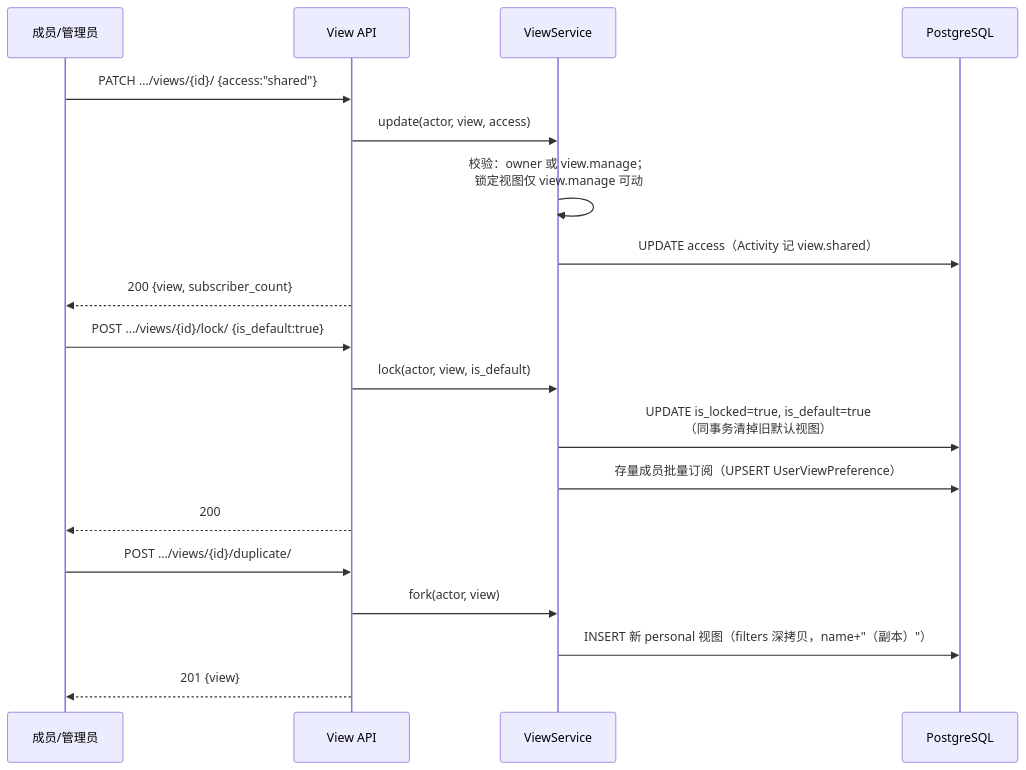
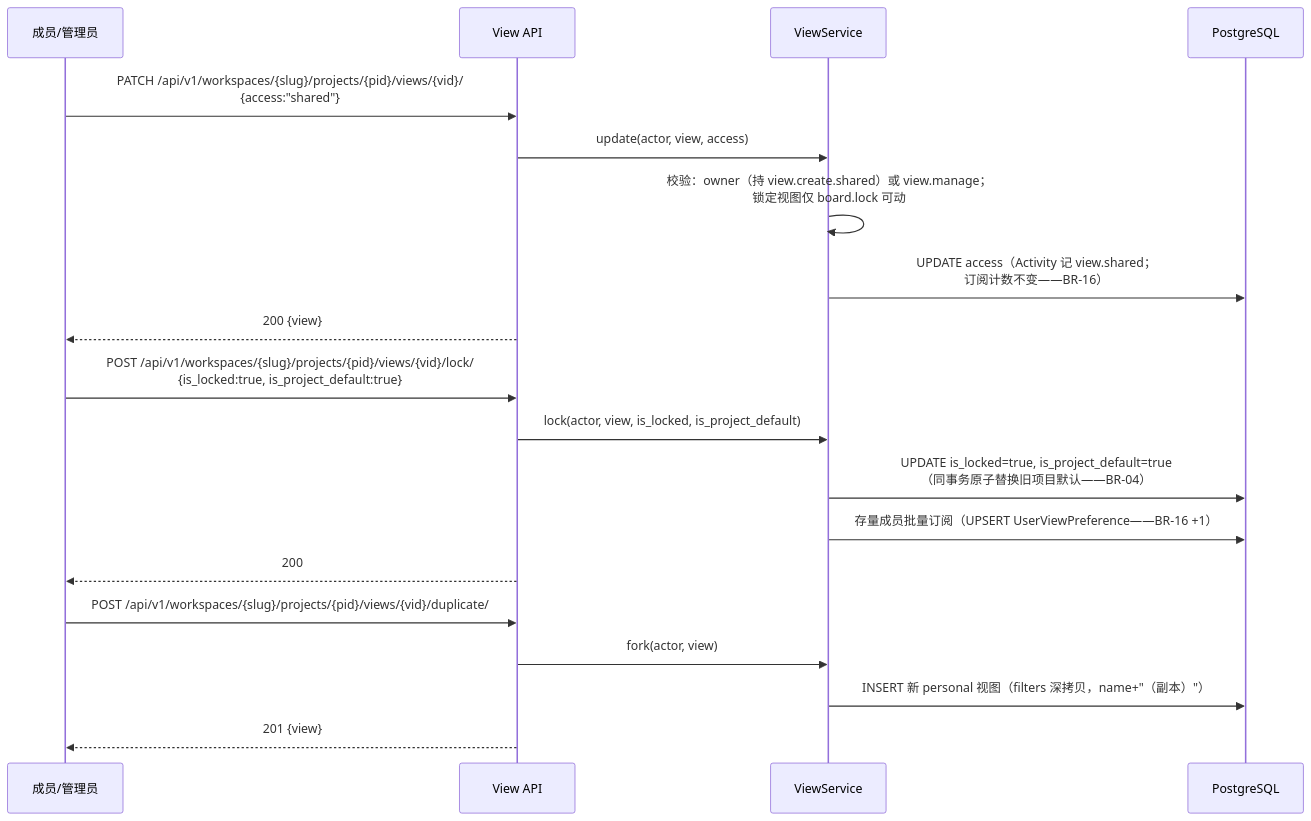
The second of 3 diagrams in docs/sprint-8-enterprise-org/BOARD-005-shared-views.md (RabbitAI-Lab/RabbitProjects), drawn with Mermaid before and after one commit. The commit also changed other lines of this file and 13 other files, not shown here.

````diff
--- a/docs/sprint-8-enterprise-org/BOARD-005-shared-views.md
+++ b/docs/sprint-8-enterprise-org/BOARD-005-shared-views.md
@@ -96,24 +105,24 @@
 ```mermaid
 sequenceDiagram
     participant M as 成员/管理员
     participant API as View API
     participant S as ViewService
     participant DB as PostgreSQL
 
-    M->>API: PATCH …/views/{id}/ {access:"shared"}
+    M->>API: PATCH /api/v1/workspaces/{slug}/projects/{pid}/views/{vid}/<br/>{access:"shared"}
     API->>S: update(actor, view, access)
-    S->>S: 校验：owner 或 view.manage；<br/>锁定视图仅 view.manage 可动
-    S->>DB: UPDATE access（Activity 记 view.shared）
-    API-->>M: 200 {view, subscriber_count}
+    S->>S: 校验：owner（持 view.create.shared）或 view.manage；<br/>锁定视图仅 board.lock 可动
+    S->>DB: UPDATE access（Activity 记 view.shared；<br/>订阅计数不变——BR-16）
+    API-->>M: 200 {view}
 
-    M->>API: POST …/views/{id}/lock/  {is_default:true}
-    API->>S: lock(actor, view, is_default)
-    S->>DB: UPDATE is_locked=true, is_default=true<br/>（同事务清掉旧默认视图）
-    S->>DB: 存量成员批量订阅（UPSERT UserViewPreference）
+    M->>API: POST /api/v1/workspaces/{slug}/projects/{pid}/views/{vid}/lock/<br/>{is_locked:true, is_project_default:true}
+    API->>S: lock(actor, view, is_locked, is_project_default)
+    S->>DB: UPDATE is_locked=true, is_project_default=true<br/>（同事务原子替换旧项目默认——BR-04）
+    S->>DB: 存量成员批量订阅（UPSERT UserViewPreference——BR-16 +1）
     API-->>M: 200
 
-    M->>API: POST …/views/{id}/duplicate/
+    M->>API: POST /api/v1/workspaces/{slug}/projects/{pid}/views/{vid}/duplicate/
     API->>S: fork(actor, view)
     S->>DB: INSERT 新 personal 视图（filters 深拷贝，name+"（副本）"）
     API-->>M: 201 {view}
 ```
````
